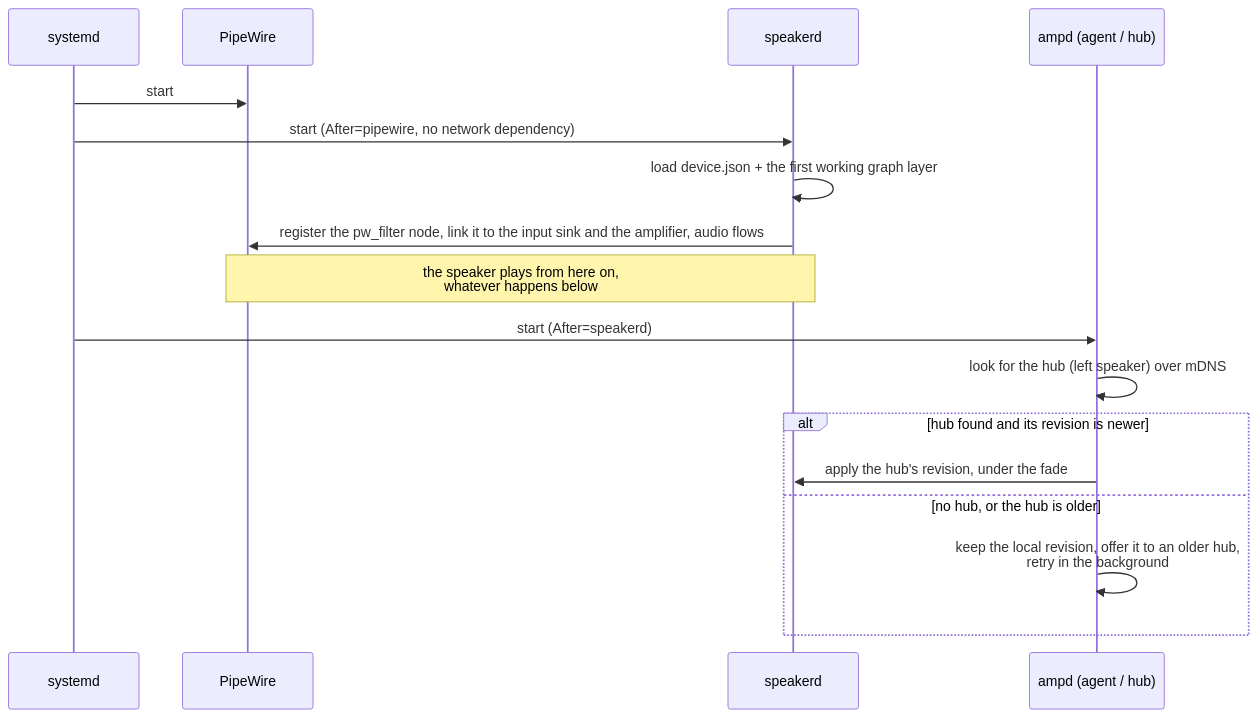
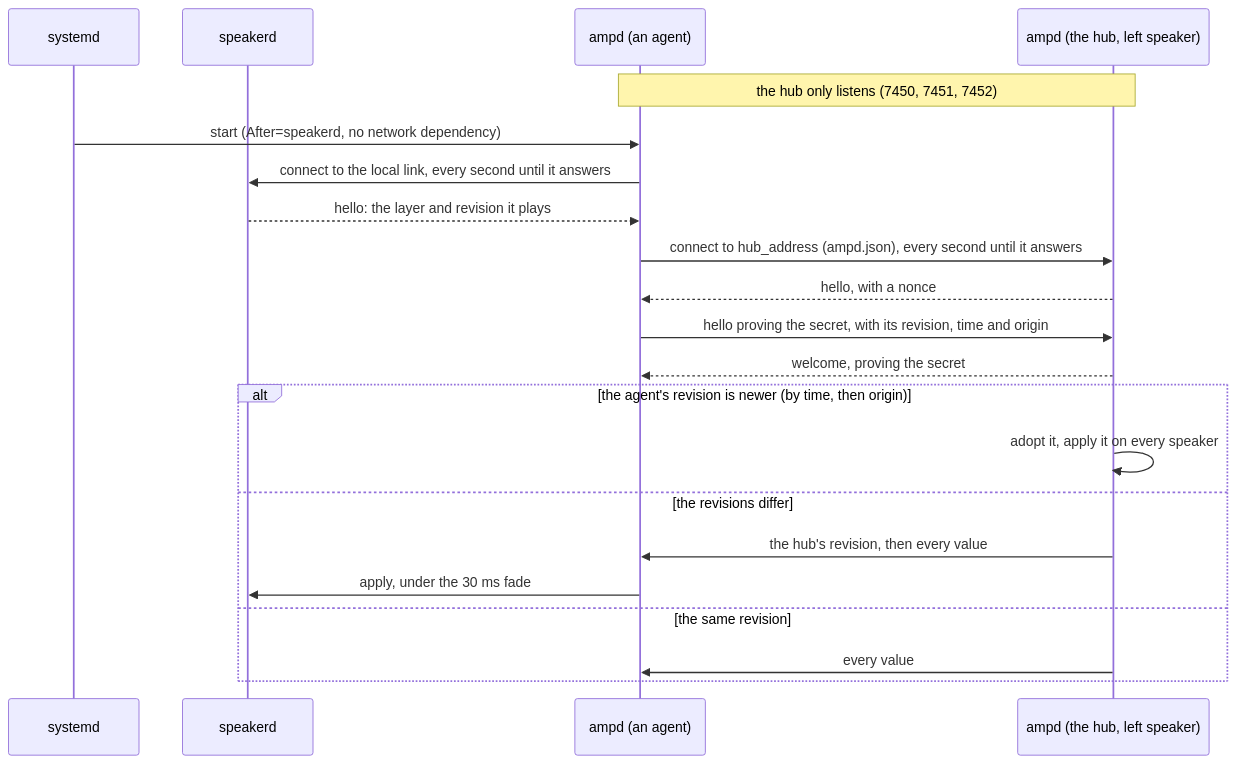
Before and after one commit to AMuszkat/bpi_amp_platform: diagram 12 of 19 in docs/remote-plugin-host.md, drawn with Mermaid. The commit also changed other lines of this file and 22 other files, not shown here.

First line of the commit message:
firmware, docs: the first board deploy's fixes; 48 kHz base config; P1 figure script

````diff
--- a/docs/remote-plugin-host.md
+++ b/docs/remote-plugin-host.md
@@ -994,19 +1046,23 @@
 ```mermaid
 sequenceDiagram
     participant SD as systemd
-    participant PW as PipeWire
     participant S as speakerd
-    participant A as ampd (agent / hub)
-    SD->>PW: start
-    SD->>S: start (After=pipewire, no network dependency)
-    S->>S: load device.json + the first working graph layer
-    S->>PW: register the pw_filter node, link it to the input sink and the amplifier, audio flows
-    Note over S,PW: the speaker plays from here on,<br/>whatever happens below
-    SD->>A: start (After=speakerd)
-    A->>A: look for the hub (left speaker) over mDNS
-    alt hub found and its revision is newer
-        A->>S: apply the hub's revision, under the fade
-    else no hub, or the hub is older
-        A->>A: keep the local revision, offer it to an older hub,<br/>retry in the background
+    participant A as ampd (an agent)
+    participant H as ampd (the hub, left speaker)
+    Note over A,H: the hub only listens (7450, 7451, 7452)
+    SD->>A: start (After=speakerd, no network dependency)
+    A->>S: connect to the local link, every second until it answers
+    S-->>A: hello: the layer and revision it plays
+    A->>H: connect to hub_address (ampd.json), every second until it answers
+    H-->>A: hello, with a nonce
+    A->>H: hello proving the secret, with its revision, time and origin
+    H-->>A: welcome, proving the secret
+    alt the agent's revision is newer (by time, then origin)
+        H->>H: adopt it, apply it on every speaker
+    else the revisions differ
+        H->>A: the hub's revision, then every value
+        A->>S: apply, under the 30 ms fade
+    else the same revision
+        H->>A: every value
     end
 ```
````
